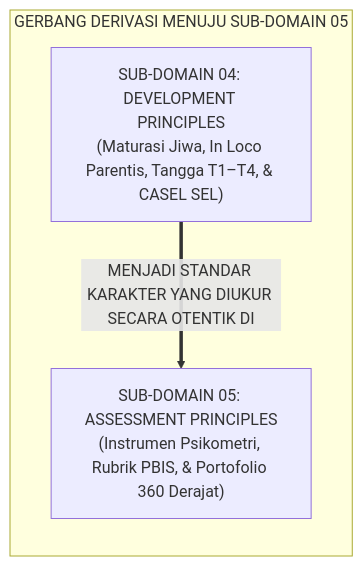
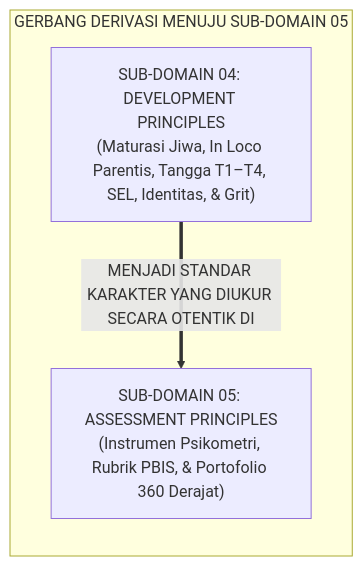
One commit to wandiapriliyandi/tumbuh changed the third of 3 diagrams in 02 Principles/04 Development Principles/P2-04-Prinsip-Perkembangan-Santri-TUMBUH.md. Above: the diagram before and after it, drawn with Mermaid. The commit also changed other lines of this file and 32 other files, not shown here.

Commit message:
feat(principles): expand organically Domain 02 Principles with non-uniform deep monographs (62 files total, max 10/sub-domain)

````diff
--- a/02 Principles/04 Development Principles/P2-04-Prinsip-Perkembangan-Santri-TUMBUH.md
+++ b/02 Principles/04 Development Principles/P2-04-Prinsip-Perkembangan-Santri-TUMBUH.md
@@ -120,10 +128,10 @@
 ```mermaid
 graph LR
     subgraph GerbangDerivasiAssessmentPrinciples["GERBANG DERIVASI MENUJU SUB-DOMAIN 05"]
-        D2_04["SUB-DOMAIN 04: DEVELOPMENT PRINCIPLES<br/>(Maturasi Jiwa, In Loco Parentis, Tangga T1–T4, & CASEL SEL)"]
+        D2_04["SUB-DOMAIN 04: DEVELOPMENT PRINCIPLES<br/>(Maturasi Jiwa, In Loco Parentis, Tangga T1–T4, SEL, Identitas, & Grit)"]
         
         D2_05["SUB-DOMAIN 05: ASSESSMENT PRINCIPLES<br/>(Instrumen Psikometri, Rubrik PBIS, & Portofolio 360 Derajat)"]
         
         D2_04 ==>|MENJADI STANDAR KARAKTER YANG DIUKUR SECARA OTENTIK DI| D2_05
     end
 ```
````
